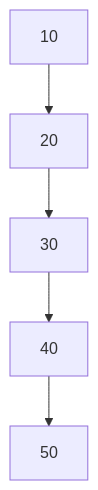
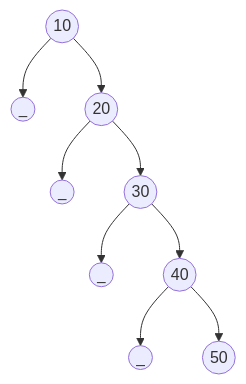
The second of 31 diagrams in docs/data-structure-and-algorithms/data-structures/tree/search-tree/self-balancing-bst/red-black.md (imdeepmind/imdeepmind.github.io), drawn with Mermaid before and after one commit. The commit also changed other lines of this file, not shown here.

````diff
--- a/docs/data-structure-and-algorithms/data-structures/tree/search-tree/self-balancing-bst/red-black.md
+++ b/docs/data-structure-and-algorithms/data-structures/tree/search-tree/self-balancing-bst/red-black.md
@@ -51,8 +49,12 @@
 ```mermaid
 graph TD
-    A[10]
-    A --> B[20]
-    B --> C[30]
-    C --> D[40]
-    D --> E[50]
+    A((10))
+    A --> F((_))
+    A --> B((20))
+    B --> G((_))
+    B --> C((30))
+    C --> H((_))
+    C --> D((40))
+    D --> I((_))
+    D --> E((50))
 ```
````
